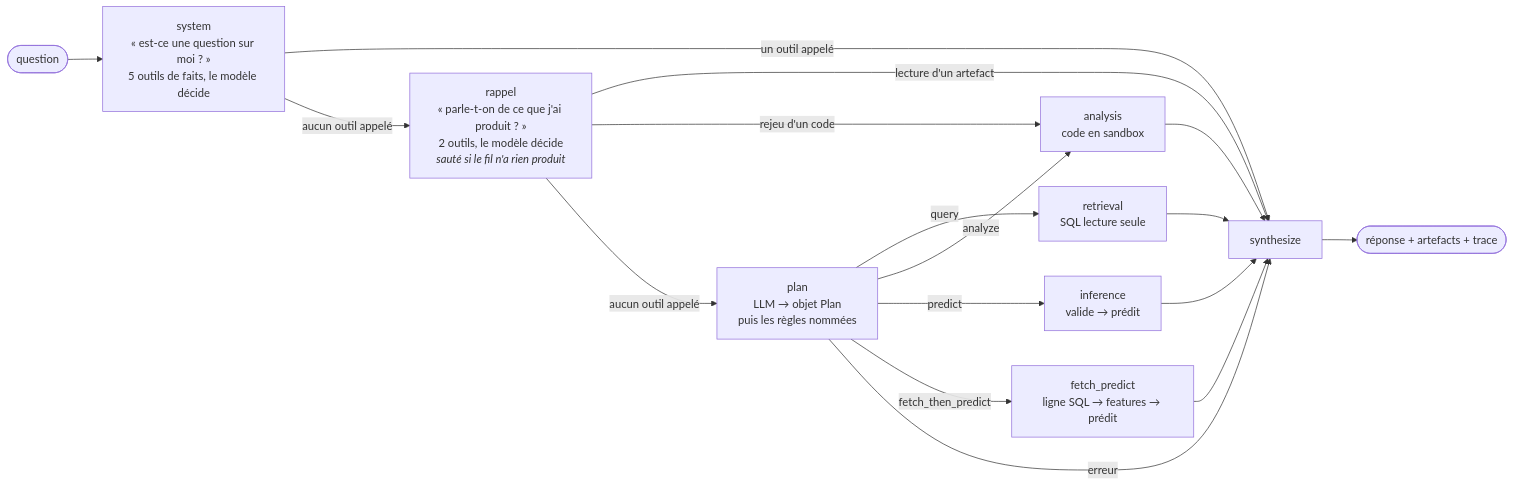
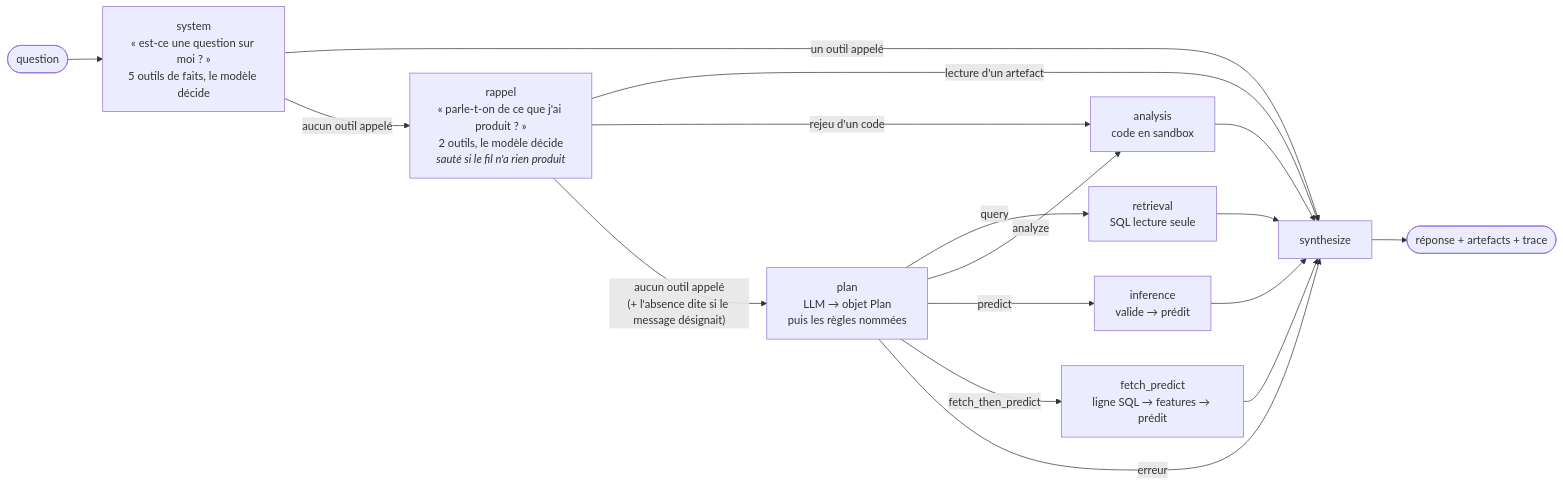
Before and after one commit to floSa/data-analyst-agent: the second of 3 diagrams in docs/ARCHITECTURE.md, drawn with Mermaid. The commit also changed other lines of this file and 1 other file, not shown here.

````diff
--- a/docs/ARCHITECTURE.md
+++ b/docs/ARCHITECTURE.md
@@ -68,19 +68,19 @@
 ```mermaid
 flowchart LR
     Q(["question"]) --> SYS["system<br/>« est-ce une question sur moi ? »<br/>5 outils de faits, le modèle décide"]
     SYS -->|"un outil appelé"| SYN["synthesize"]
     SYS -->|"aucun outil appelé"| RAP["rappel<br/>« parle-t-on de ce que j'ai produit ? »<br/>2 outils, le modèle décide<br/><i>sauté si le fil n'a rien produit</i>"]
     RAP -->|"lecture d'un artefact"| SYN
     RAP -->|"rejeu d'un code"| ANAL
-    RAP -->|"aucun outil appelé"| PLAN["plan<br/>LLM → objet Plan<br/>puis les règles nommées"]
+    RAP -->|"aucun outil appelé<br/>(+ l'absence dite si le message désignait)"| PLAN["plan<br/>LLM → objet Plan<br/>puis les règles nommées"]
     PLAN -->|"query"| RETR["retrieval<br/>SQL lecture seule"]
     PLAN -->|"analyze"| ANAL["analysis<br/>code en sandbox"]
     PLAN -->|"predict"| INFE["inference<br/>valide → prédit"]
     PLAN -->|"fetch_then_predict"| FP["fetch_predict<br/>ligne SQL → features → prédit"]
     PLAN -->|"erreur"| SYN
     RETR --> SYN
     ANAL --> SYN
     INFE --> SYN
     FP --> SYN
     SYN --> R(["réponse + artefacts + trace"])
 ```
````
